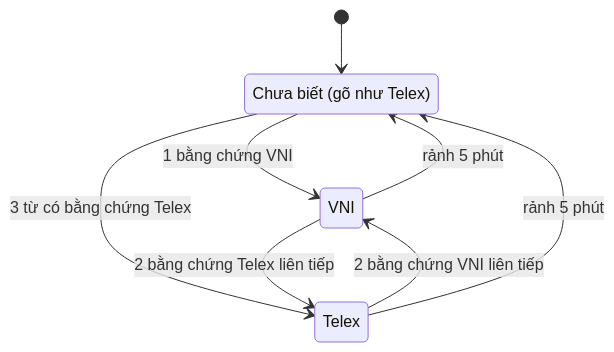
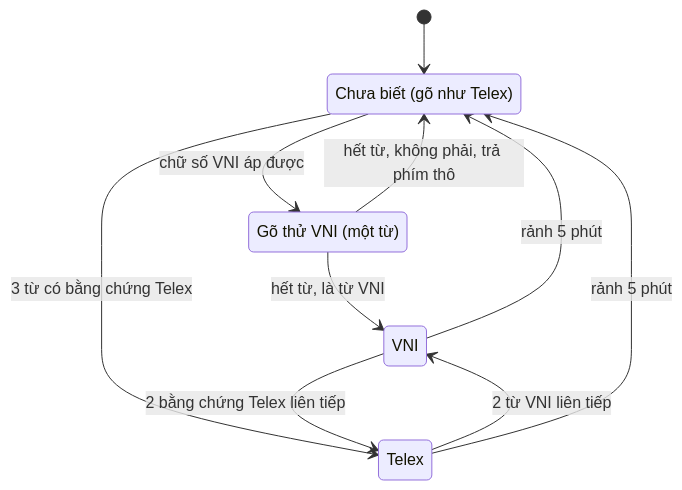
The first of 2 diagrams in docs/features/auto-typing-method.md (Funput/Funput), drawn with Mermaid before and after one commit. The commit also changed other lines of this file, not shown here.

First line of the commit message:
Judge a VNI word at its boundary, not at its first digit

````diff
--- a/docs/features/auto-typing-method.md
+++ b/docs/features/auto-typing-method.md
@@ -51,13 +53,16 @@
 ```mermaid
 stateDiagram-v2
     state "Chưa biết (gõ như Telex)" as Undecided
     state "Telex" as Telex
     state "VNI" as Vni
     [*] --> Undecided
-    Undecided --> Vni: 1 bằng chứng VNI
+    state "Gõ thử VNI (một từ)" as Trial
+    Undecided --> Trial: chữ số VNI áp được
+    Trial --> Vni: hết từ, là từ VNI
+    Trial --> Undecided: hết từ, không phải, trả phím thô
     Undecided --> Telex: 3 từ có bằng chứng Telex
-    Telex --> Vni: 2 bằng chứng VNI liên tiếp
+    Telex --> Vni: 2 từ VNI liên tiếp
     Vni --> Telex: 2 bằng chứng Telex liên tiếp
     Telex --> Undecided: rảnh 5 phút
     Vni --> Undecided: rảnh 5 phút
 ```
````
